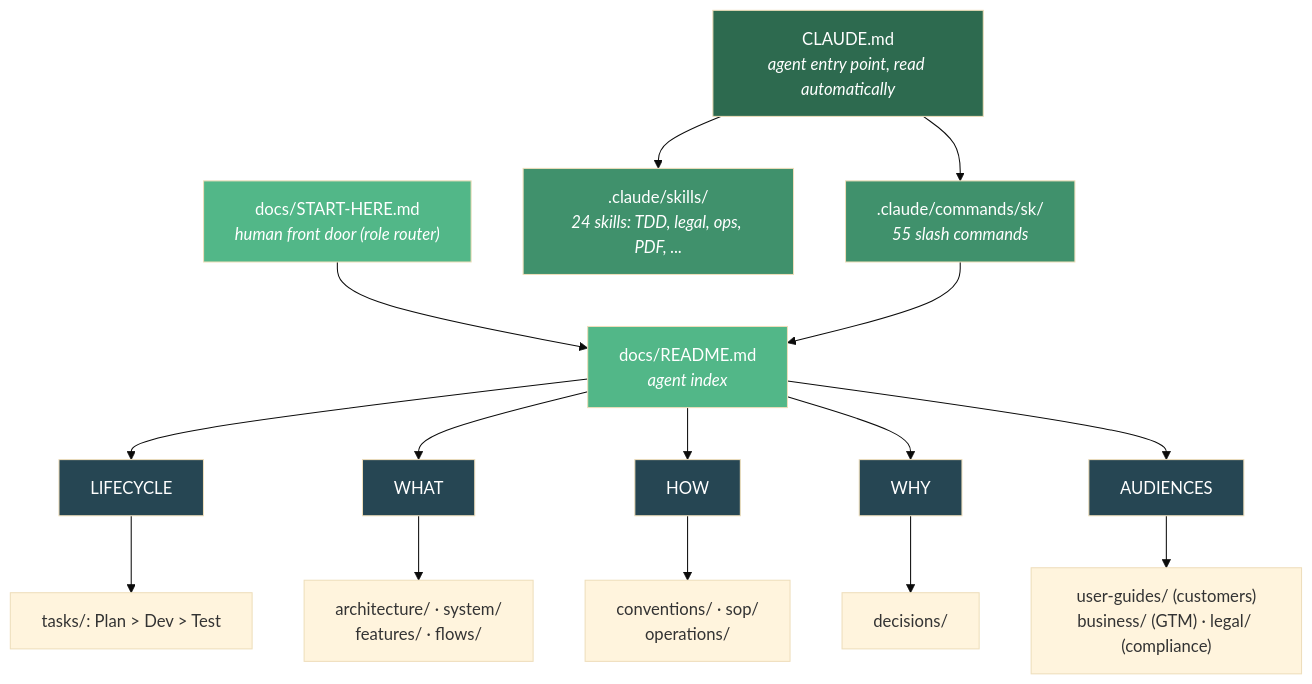
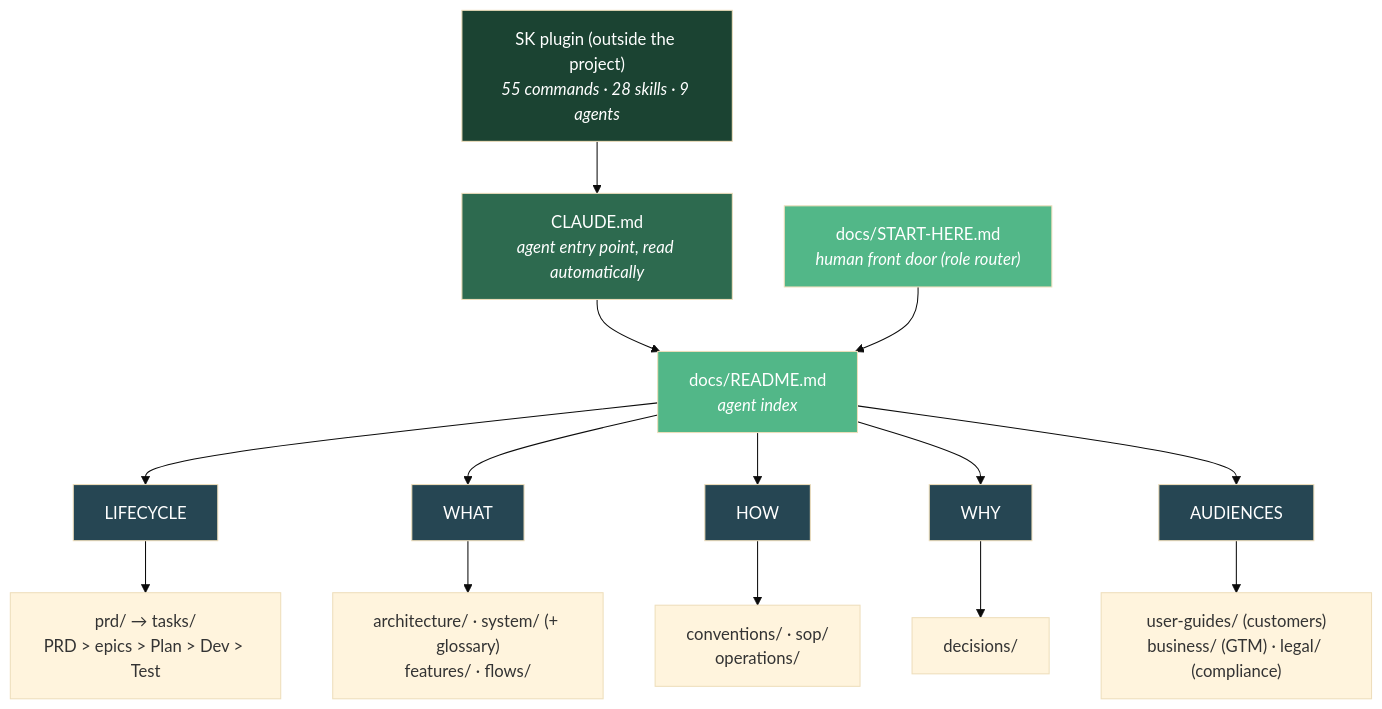
One commit to moniav/sk changed the diagram in assets/src/how-it-works.mmd. Above: the diagram before and after it, drawn with Mermaid (base theme). The commit also changed 4 other files, not shown here.

First line of the commit message:
docs(readme): rewrite the opening for 3.0; What You Get shows plugin cache vs project

```diff
--- a/assets/src/how-it-works.mmd
+++ b/assets/src/how-it-works.mmd
@@ -1,28 +1,27 @@
 graph TD
-    A["CLAUDE.md<br/><i>agent entry point, read automatically</i>"] --> B[".claude/commands/sk/<br/><i>55 slash commands</i>"]
-    A --> B2[".claude/skills/<br/><i>24 skills: TDD, legal, ops, PDF, ...</i>"]
+    P["SK plugin (outside the project)<br/><i>55 commands · 28 skills · 9 agents</i>"] --> A
+    A["CLAUDE.md<br/><i>agent entry point, read automatically</i>"] --> C
     SH["docs/START-HERE.md<br/><i>human front door (role router)</i>"] --> C
-    B --> C["docs/README.md<br/><i>agent index</i>"]
+    C["docs/README.md<br/><i>agent index</i>"]
 
     C --> D["LIFECYCLE"]
     C --> E["WHAT"]
     C --> G["HOW"]
     C --> F["WHY"]
     C --> H["AUDIENCES"]
 
-    D --> D1["tasks/: Plan > Dev > Test"]
-    E --> E1["architecture/ · system/<br/>features/ · flows/"]
+    D --> D1["prd/ → tasks/<br/>PRD > epics > Plan > Dev > Test"]
+    E --> E1["architecture/ · system/ (+ glossary)<br/>features/ · flows/"]
     G --> G1["conventions/ · sop/<br/>operations/"]
     F --> F1["decisions/"]
     H --> H1["user-guides/ (customers)<br/>business/ (GTM) · legal/ (compliance)"]
 
+    style P fill:#1b4332,color:#fff
     style A fill:#2d6a4f,color:#fff
-    style B fill:#40916c,color:#fff
-    style B2 fill:#40916c,color:#fff
     style SH fill:#52b788,color:#fff
     style C fill:#52b788,color:#fff
     style D fill:#264653,color:#fff
     style E fill:#264653,color:#fff
     style F fill:#264653,color:#fff
     style G fill:#264653,color:#fff
     style H fill:#264653,color:#fff
```
